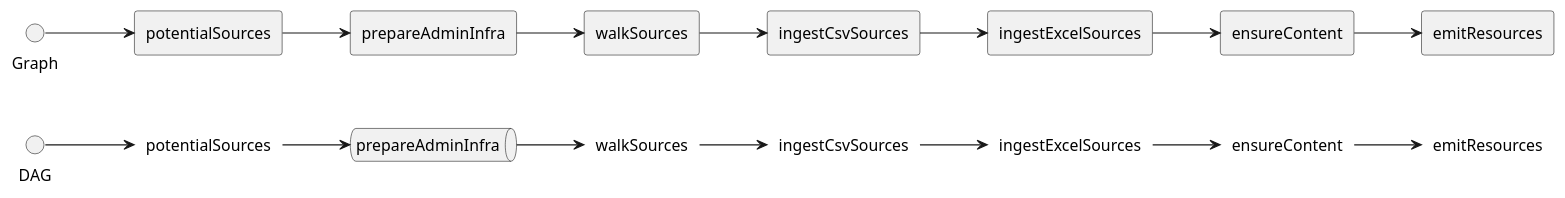
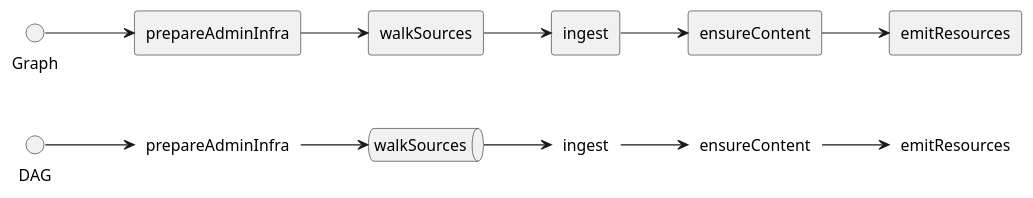
Before and after one commit to qe-collaborative-services/1115-hub: the diagram in support/assurance/results-test-e2e/dag.puml, drawn with PlantUML. The commit also changed 8 other files, not shown here.

```diff
--- a/support/assurance/results-test-e2e/dag.puml
+++ b/support/assurance/results-test-e2e/dag.puml
@@ -1,31 +1,23 @@
 @startuml
 left to right direction
-label dagpotentialSources as "potentialSources"
-queue dagprepareAdminInfra as "prepareAdminInfra"
-label dagwalkSources as "walkSources"
-label dagingestCsvSources as "ingestCsvSources"
-label dagingestExcelSources as "ingestExcelSources"
+label dagprepareAdminInfra as "prepareAdminInfra"
+queue dagwalkSources as "walkSources"
+label dagingest as "ingest"
 label dagensureContent as "ensureContent"
 label dagemitResources as "emitResources"
-rectangle gpotentialSources as "potentialSources"
 rectangle gprepareAdminInfra as "prepareAdminInfra"
 rectangle gwalkSources as "walkSources"
-rectangle gingestCsvSources as "ingestCsvSources"
-rectangle gingestExcelSources as "ingestExcelSources"
+rectangle gingest as "ingest"
 rectangle gensureContent as "ensureContent"
 rectangle gemitResources as "emitResources"
-DAG --> dagpotentialSources
-dagpotentialSources --> dagprepareAdminInfra
+DAG --> dagprepareAdminInfra
 dagprepareAdminInfra --> dagwalkSources
-dagwalkSources --> dagingestCsvSources
-dagingestCsvSources --> dagingestExcelSources
-dagingestExcelSources --> dagensureContent
+dagwalkSources --> dagingest
+dagingest --> dagensureContent
 dagensureContent --> dagemitResources
-Graph --> gpotentialSources
-gpotentialSources --> gprepareAdminInfra
+Graph --> gprepareAdminInfra
 gprepareAdminInfra --> gwalkSources
-gwalkSources --> gingestCsvSources
-gingestCsvSources --> gingestExcelSources
-gingestExcelSources --> gensureContent
+gwalkSources --> gingest
+gingest --> gensureContent
 gensureContent --> gemitResources
 @enduml
```
